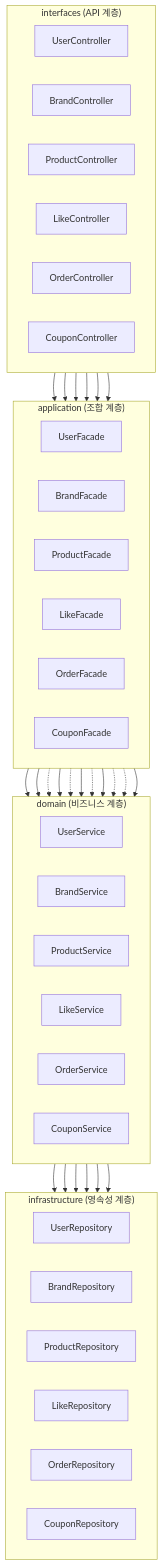
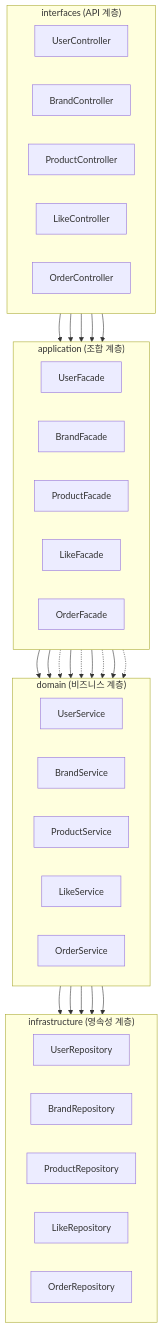
One commit to Loopers-dev-lab/loop-pack-be-l2-vol3-kotlin changed the first of 6 diagrams in docs/design/03-class-diagram.md. Above: the diagram before and after it, drawn with Mermaid. The commit also changed other lines of this file and 3 other files, not shown here.

````diff
--- a/docs/design/03-class-diagram.md
+++ b/docs/design/03-class-diagram.md
@@ -20,68 +20,60 @@
 ```mermaid
 flowchart TB
     subgraph Interfaces["interfaces (API 계층)"]
         direction LR
         C1[UserController]
         C2[BrandController]
         C3[ProductController]
         C4[LikeController]
         C5[OrderController]
-        C6[CouponController]
     end
 
     subgraph Application["application (조합 계층)"]
         direction LR
         F1[UserFacade]
         F2[BrandFacade]
         F3[ProductFacade]
         F4[LikeFacade]
         F5[OrderFacade]
-        F6[CouponFacade]
     end
 
     subgraph Domain["domain (비즈니스 계층)"]
         direction LR
         S1[UserService]
         S2[BrandService]
         S3[ProductService]
         S4[LikeService]
         S5[OrderService]
-        S6[CouponService]
     end
 
     subgraph Infrastructure["infrastructure (영속성 계층)"]
         direction LR
         R1[UserRepository]
         R2[BrandRepository]
         R3[ProductRepository]
         R4[LikeRepository]
         R5[OrderRepository]
-        R6[CouponRepository]
     end
 
     C1 --> F1
     C2 --> F2
     C3 --> F3
     C4 --> F4
     C5 --> F5
-    C6 --> F6
 
     F1 --> S1
     F2 --> S2
     F2 -.-> S3
     F3 --> S3
     F3 -.-> S2
     F4 --> S4
     F4 -.-> S3
     F5 --> S5
     F5 -.-> S3
-    F5 -.-> S6
-    F6 --> S6
 
     S1 --> R1
     S2 --> R2
     S3 --> R3
     S4 --> R4
     S5 --> R5
-    S6 --> R6
 ```
````
